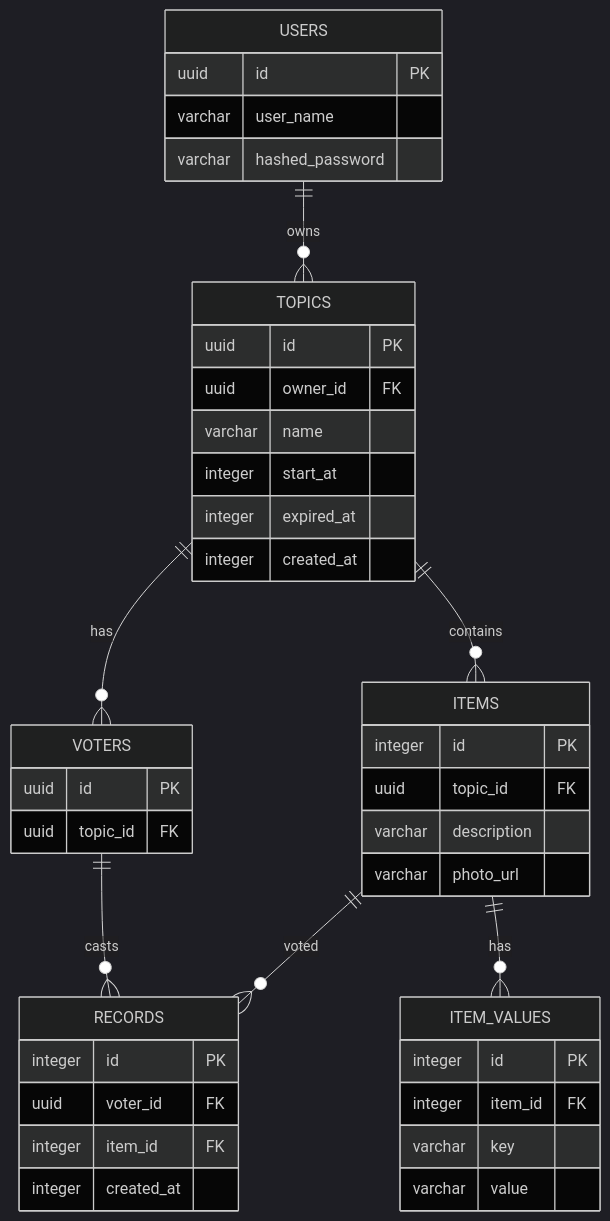
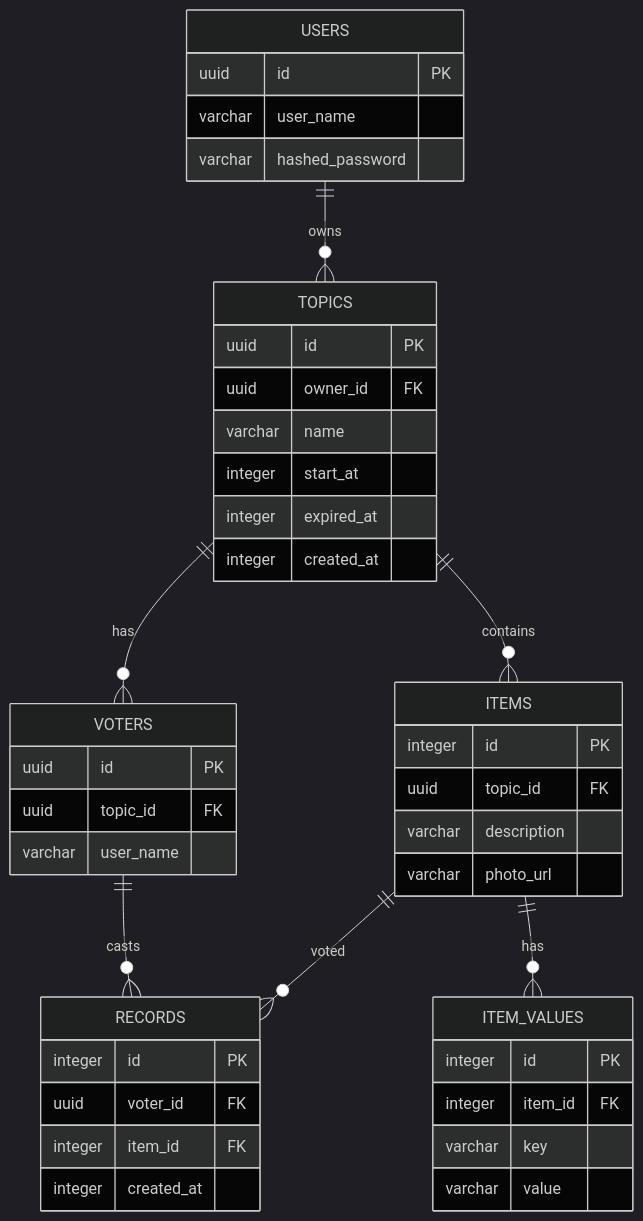
Before and after one commit to zukigit/zukivote: the diagram in docs/db_schema.md, drawn with Mermaid (dark theme). The commit also changed other lines of this file and 5 other files, not shown here.

````diff
--- a/docs/db_schema.md
+++ b/docs/db_schema.md
@@ -5,50 +5,51 @@
 ```mermaid
 erDiagram
     USERS {
         uuid id PK
         varchar user_name
         varchar hashed_password
     }
 
     TOPICS {
         uuid id PK
         uuid owner_id FK
         varchar name
         integer start_at
         integer expired_at
         integer created_at
     }
 
     VOTERS {
         uuid id PK
         uuid topic_id FK
+        varchar user_name
     }
 
     ITEMS {
         integer id PK
         uuid topic_id FK
         varchar description
         varchar photo_url
     }
 
     ITEM_VALUES {
         integer id PK
         integer item_id FK
         varchar key
         varchar value
     }
 
     RECORDS {
         integer id PK
         uuid voter_id FK
         integer item_id FK
         integer created_at
     }
 
     USERS ||--o{ TOPICS : owns
     TOPICS ||--o{ VOTERS : has
     TOPICS ||--o{ ITEMS : contains
     ITEMS ||--o{ ITEM_VALUES : has
     VOTERS ||--o{ RECORDS : casts
     ITEMS ||--o{ RECORDS : voted
 ```
````
